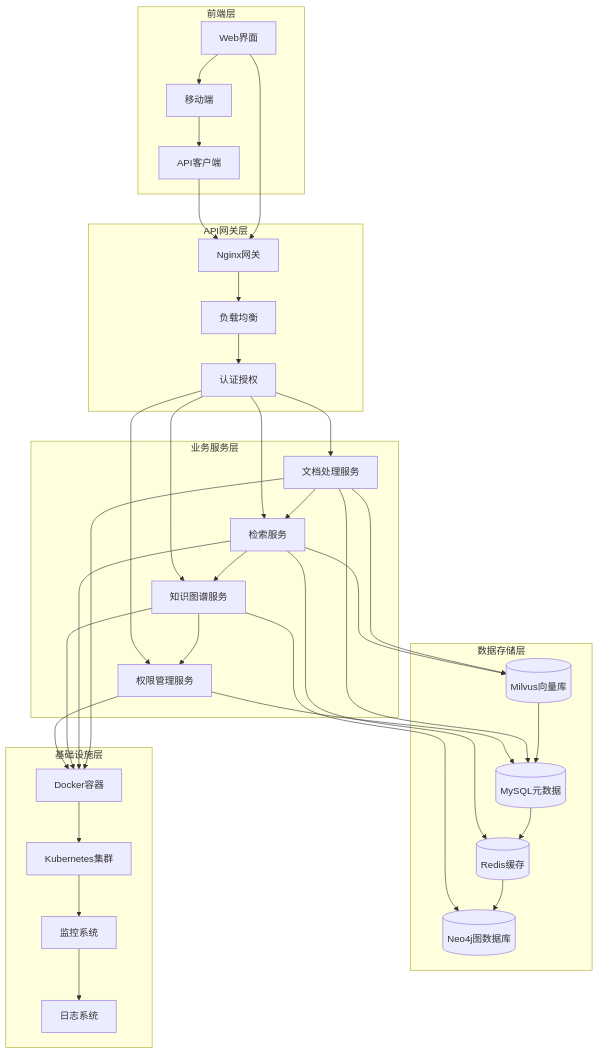
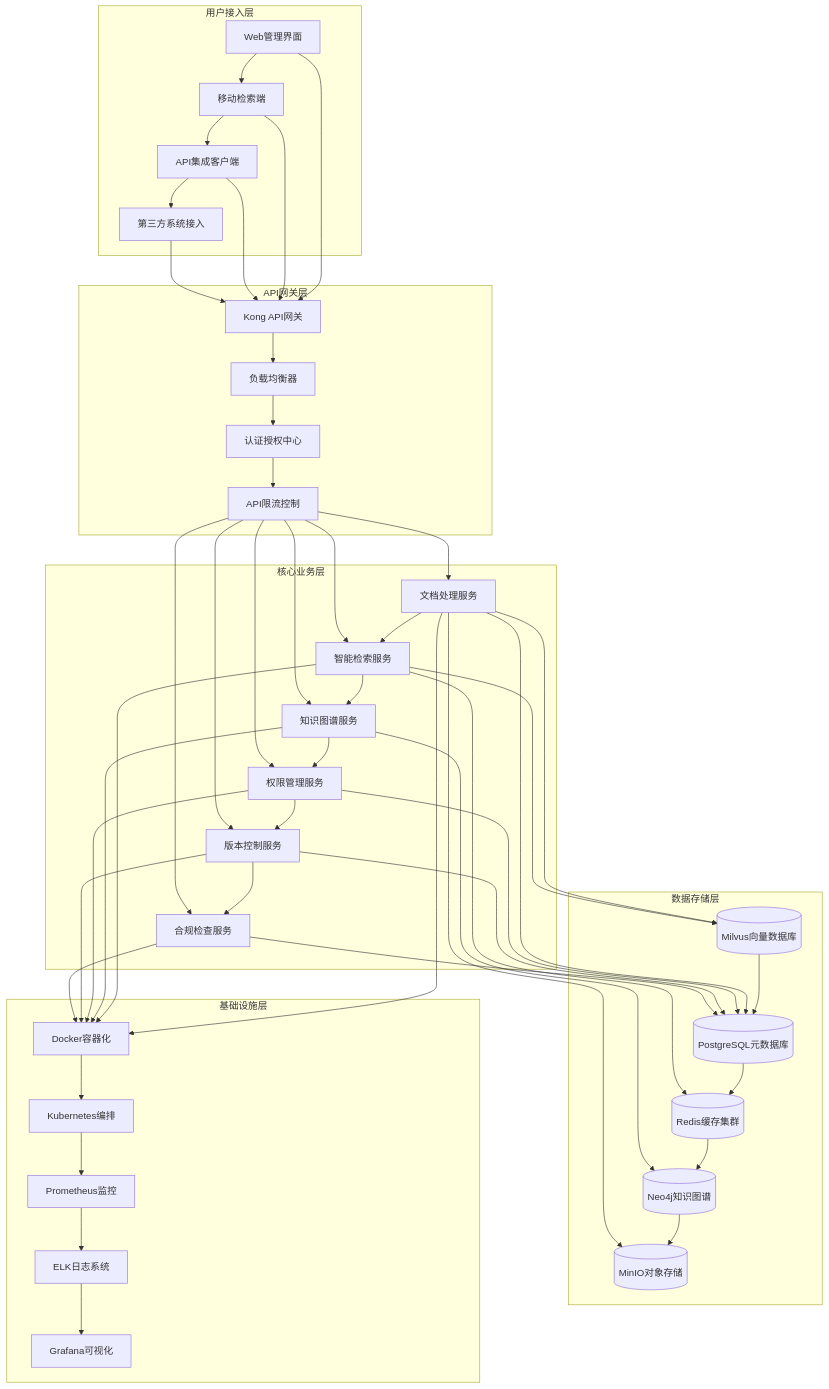
The first of 6 diagrams in rag_flow/docs/Rag_rule/aviation_rag_system_design.md (mrsniperz/quickstart-resources), drawn with Mermaid before and after one commit. The commit also changed other lines of this file and 2 other files, not shown here.

First line of the commit message:
Update aviation RAG system design with detailed architecture and components

````diff
--- a/rag_flow/docs/Rag_rule/aviation_rag_system_design.md
+++ b/rag_flow/docs/Rag_rule/aviation_rag_system_design.md
@@ -24,49 +28,65 @@
 ```mermaid
 graph TB
-    subgraph "前端层"
-        A[Web界面] --> B[移动端]
-        B --> C[API客户端]
+    subgraph "用户接入层"
+        A[Web管理界面] --> B[移动检索端]
+        B --> C[API集成客户端]
+        C --> D[第三方系统接入]
     end
 
     subgraph "API网关层"
-        D[Nginx网关] --> E[负载均衡]
-        E --> F[认证授权]
+        E[Kong API网关] --> F[负载均衡器]
+        F --> G[认证授权中心]
+        G --> H[API限流控制]
     end
 
-    subgraph "业务服务层"
-        G[文档处理服务] --> H[检索服务]
-        H --> I[知识图谱服务]
-        I --> J[权限管理服务]
+    subgraph "核心业务层"
+        I[文档处理服务] --> J[智能检索服务]
+        J --> K[知识图谱服务]
+        K --> L[权限管理服务]
+        L --> M[版本控制服务]
+        M --> N[合规检查服务]
     end
 
     subgraph "数据存储层"
-        K[(Milvus向量库)] --> L[(MySQL元数据)]
-        L --> M[(Redis缓存)]
-        M --> N[(Neo4j图数据库)]
+        O[(Milvus向量数据库)] --> P[(PostgreSQL元数据库)]
+        P --> Q[(Redis缓存集群)]
+        Q --> R[(Neo4j知识图谱)]
+        R --> S[(MinIO对象存储)]
     end
 
     subgraph "基础设施层"
-        O[Docker容器] --> P[Kubernetes集群]
-        P --> Q[监控系统]
-        Q --> R[日志系统]
+        T[Docker容器化] --> U[Kubernetes编排]
+        U --> V[Prometheus监控]
+        V --> W[ELK日志系统]
+        W --> X[Grafana可视化]
     end
 
-    A --> D
-    C --> D
-    F --> G
-    F --> H
-    F --> I
-    F --> J
+    A --> E
+    B --> E
+    C --> E
+    D --> E
 
-    G --> K
-    G --> L
+    H --> I
+    H --> J
     H --> K
+    H --> L
     H --> M
-    I --> N
-    J --> L
+    H --> N
 
-    G --> O
-    H --> O
     I --> O
+    I --> P
+    I --> S
     J --> O
+    J --> Q
+    K --> R
+    L --> P
+    M --> P
+    N --> P
+
+    I --> T
+    J --> T
+    K --> T
+    L --> T
+    M --> T
+    N --> T
 ```
````
